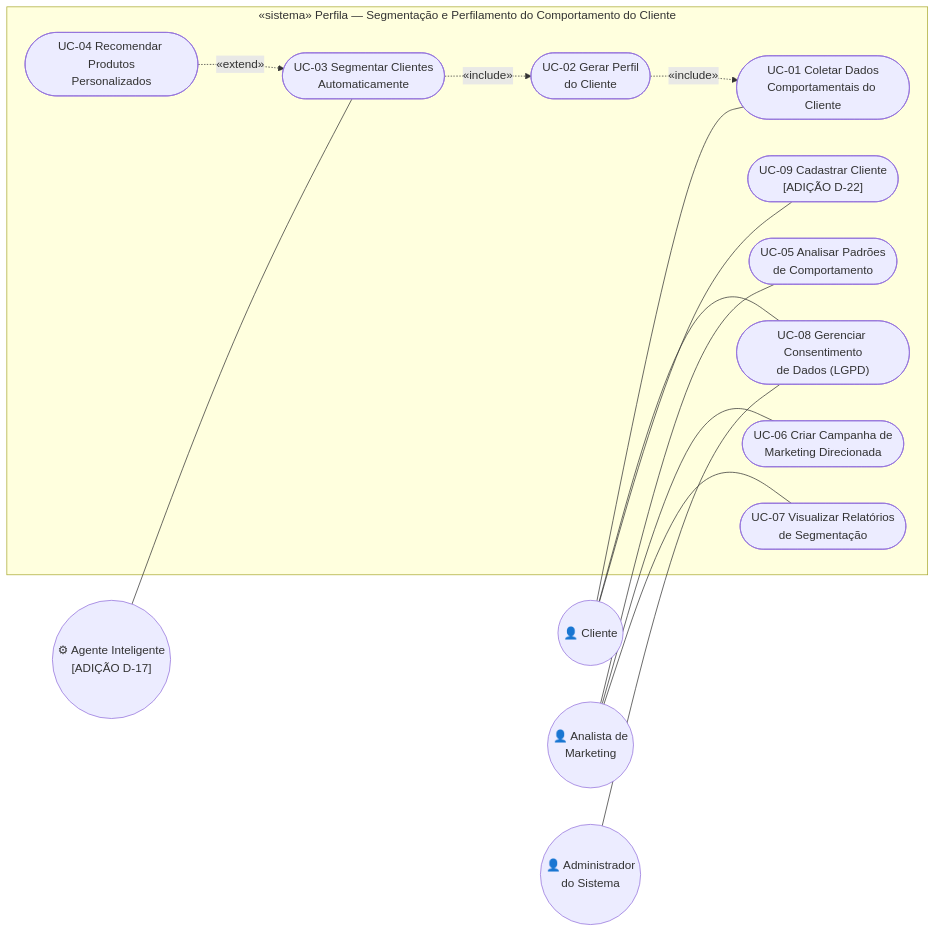
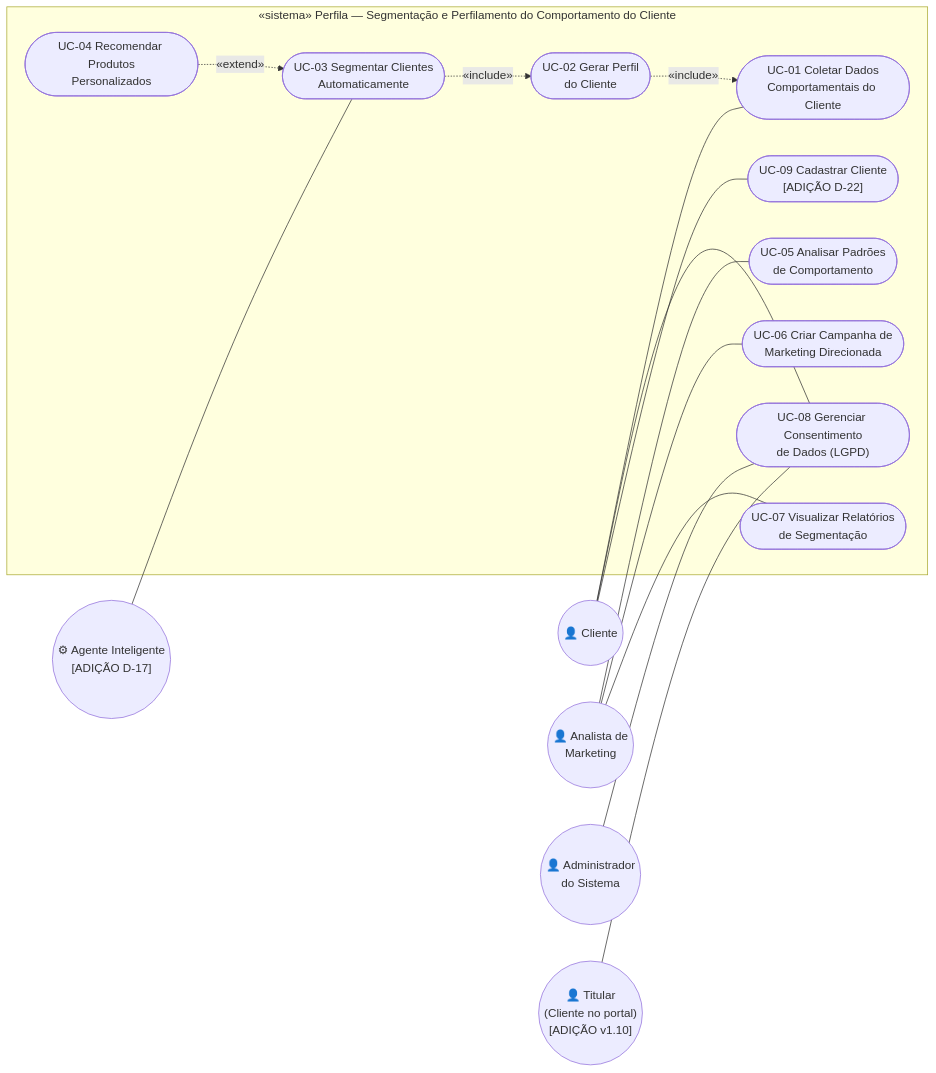
One commit to sthefanyblima/perfila changed the diagram in docs/uml/UML1_casos_de_uso.md. Above: the diagram before and after it, drawn with Mermaid. The commit also changed other lines of this file and 10 other files, not shown here.

Commit message:
T-75: Spec v1.10 do portal do titular, UML1, UML2, UML7, UML8, textos e portal.feature (Q-55 a Q-60)

````diff
--- a/docs/uml/UML1_casos_de_uso.md
+++ b/docs/uml/UML1_casos_de_uso.md
@@ -10,32 +10,34 @@
 ```mermaid
 flowchart LR
   cliente(("👤 Cliente"))
   analista(("👤 Analista de<br/>Marketing"))
   admin(("👤 Administrador<br/>do Sistema"))
   agente(("⚙ Agente Inteligente<br/>[ADIÇÃO D-17]"))
+  titular(("👤 Titular<br/>(Cliente no portal)<br/>[ADIÇÃO v1.10]"))
 
   subgraph sistema["«sistema» Perfila — Segmentação e Perfilamento do Comportamento do Cliente"]
     UC01(["UC-01 Coletar Dados<br/>Comportamentais do Cliente"])
     UC02(["UC-02 Gerar Perfil<br/>do Cliente"])
     UC03(["UC-03 Segmentar Clientes<br/>Automaticamente"])
     UC04(["UC-04 Recomendar Produtos<br/>Personalizados"])
     UC05(["UC-05 Analisar Padrões<br/>de Comportamento"])
     UC06(["UC-06 Criar Campanha de<br/>Marketing Direcionada"])
     UC07(["UC-07 Visualizar Relatórios<br/>de Segmentação"])
     UC08(["UC-08 Gerenciar Consentimento<br/>de Dados (LGPD)"])
     UC09(["UC-09 Cadastrar Cliente<br/>[ADIÇÃO D-22]"])
   end
 
   cliente --- UC01
   cliente --- UC08
   cliente --- UC09
   admin --- UC08
+  titular --- UC08
   agente --- UC03
   analista --- UC05
   analista --- UC06
   analista --- UC07
 
   UC02 -. "«include»" .-> UC01
   UC03 -. "«include»" .-> UC02
   UC04 -. "«extend»" .-> UC03
 ```
````
